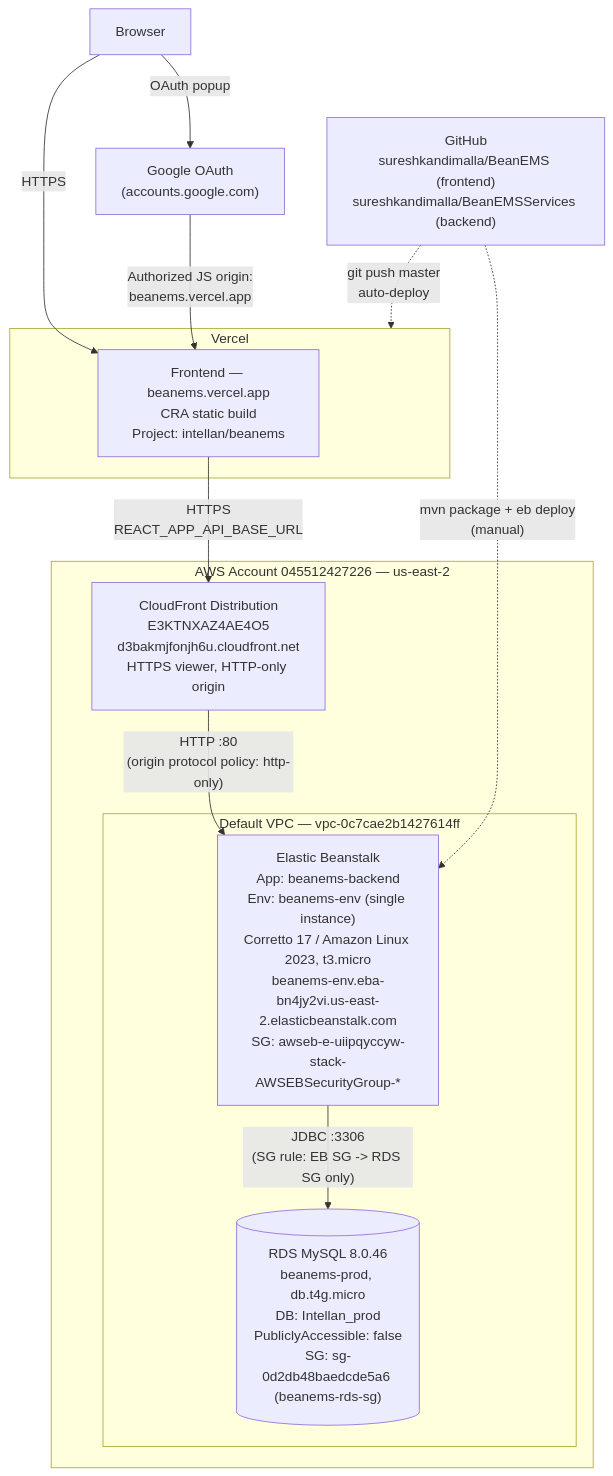
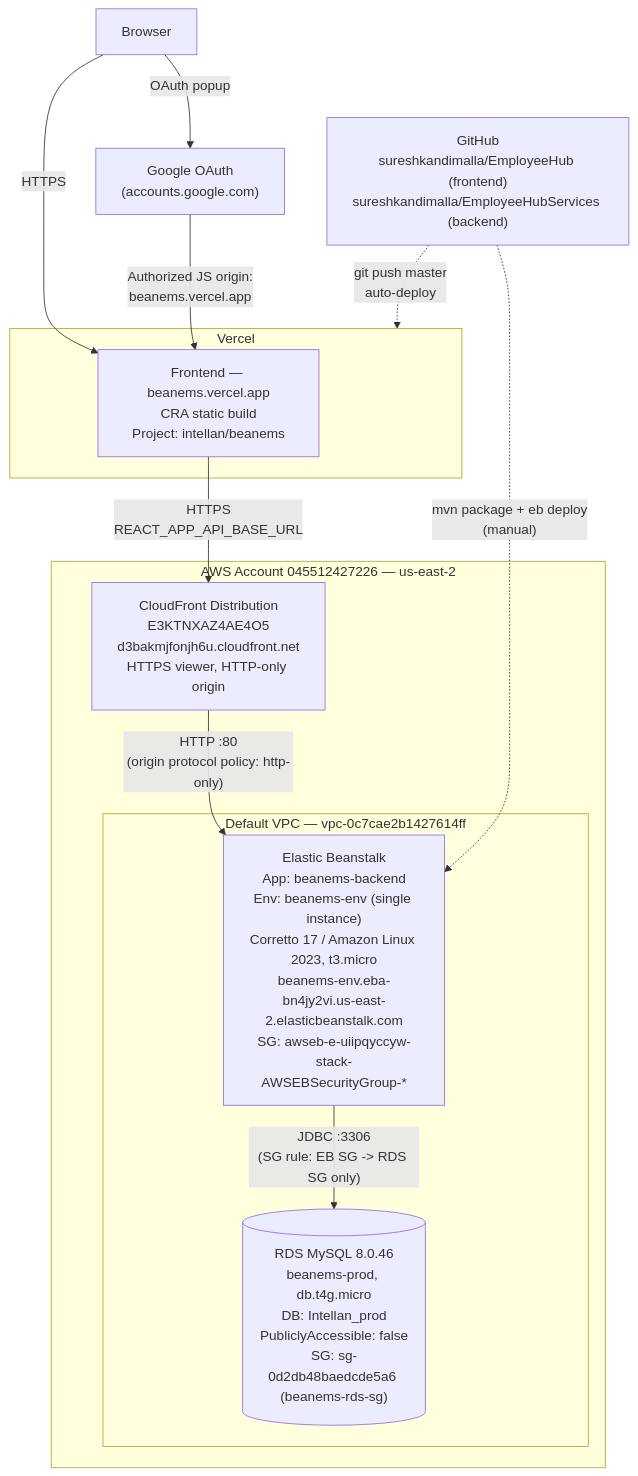
One commit to sureshkandimalla/BeanEMS changed the diagram in DEPLOYMENT.md. Above: the diagram before and after it, drawn with Mermaid. The commit also changed other lines of this file, not shown here.

Commit message:
Update GitHub repo references after sureshkandimalla/BeanEMS -> EmployeeHub rename

````diff
--- a/DEPLOYMENT.md
+++ b/DEPLOYMENT.md
@@ -9,28 +9,28 @@
 ```mermaid
 flowchart TB
     User["Browser"]
     Google["Google OAuth\n(accounts.google.com)"]
-    GitHub["GitHub\nsureshkandimalla/BeanEMS (frontend)\nsureshkandimalla/BeanEMSServices (backend)"]
+    GitHub["GitHub\nsureshkandimalla/EmployeeHub (frontend)\nsureshkandimalla/EmployeeHubServices (backend)"]
 
     subgraph Vercel["Vercel"]
         FE["Frontend — beanems.vercel.app\nCRA static build\nProject: intellan/beanems"]
     end
 
     subgraph AWS["AWS Account 045512427226 — us-east-2"]
         CF["CloudFront Distribution\nE3KTNXAZ4AE4O5\nd3bakmjfonjh6u.cloudfront.net\nHTTPS viewer, HTTP-only origin"]
 
         subgraph VPC["Default VPC — vpc-0c7cae2b1427614ff"]
             EB["Elastic Beanstalk\nApp: beanems-backend\nEnv: beanems-env (single instance)\nCorretto 17 / Amazon Linux 2023, t3.micro\nbeanems-env.eba-bn4jy2vi.us-east-2.elasticbeanstalk.com\nSG: awseb-e-uiipqyccyw-stack-AWSEBSecurityGroup-*"]
             RDS[("RDS MySQL 8.0.46\nbeanems-prod, db.t4g.micro\nDB: Intellan_prod\nPubliclyAccessible: false\nSG: sg-0d2db48baedcde5a6 (beanems-rds-sg)")]
         end
     end
 
     User -- "HTTPS" --> FE
     User -- "OAuth popup" --> Google
     Google -- "Authorized JS origin:\nbeanems.vercel.app" --> FE
     FE -- "HTTPS\nREACT_APP_API_BASE_URL" --> CF
     CF -- "HTTP :80\n(origin protocol policy: http-only)" --> EB
     EB -- "JDBC :3306\n(SG rule: EB SG -> RDS SG only)" --> RDS
     GitHub -. "git push master\nauto-deploy" .-> Vercel
     GitHub -. "mvn package + eb deploy\n(manual)" .-> EB
 ```
````
